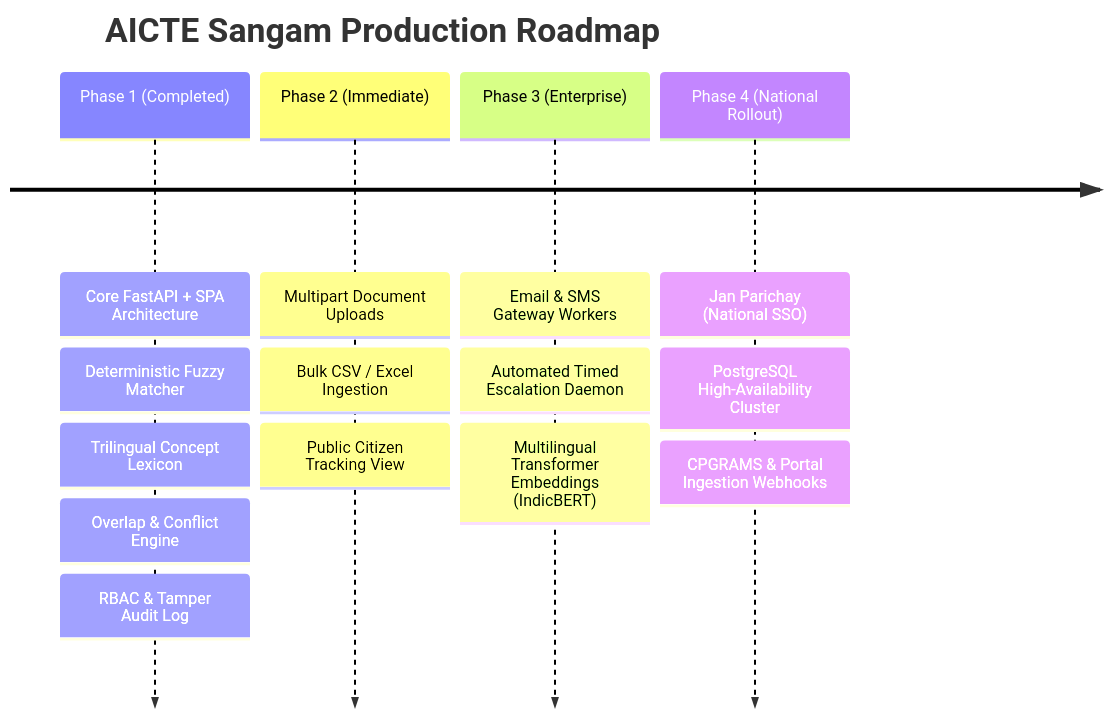
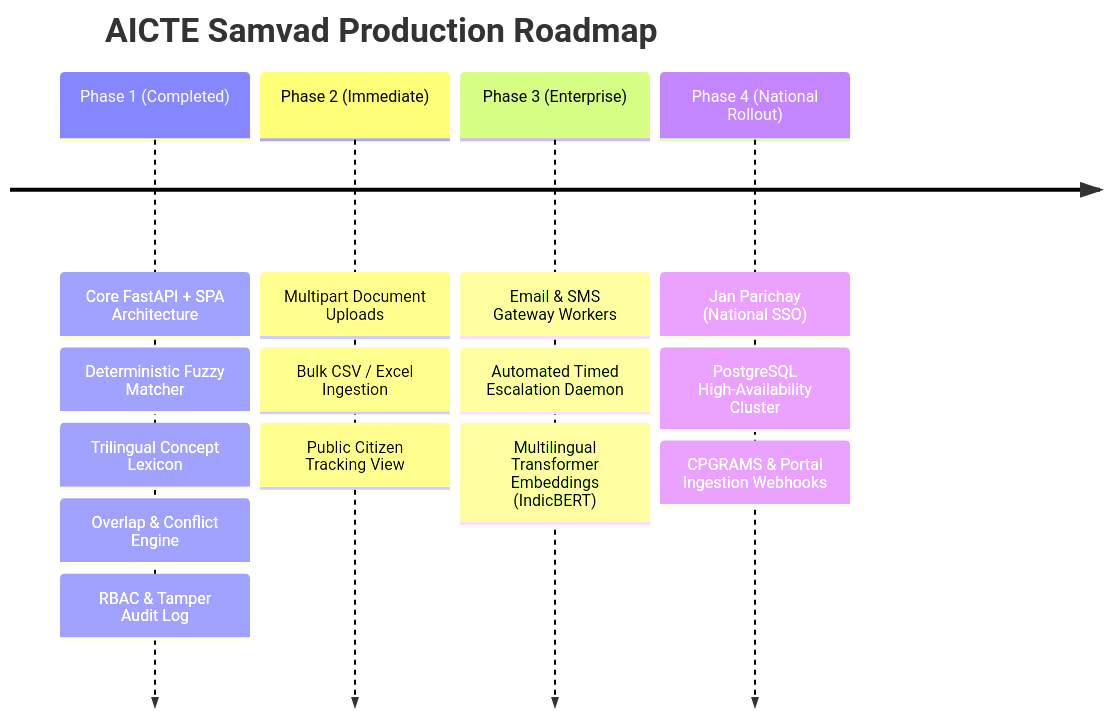
The fifth of 5 diagrams in docs/PROJECT_SPECIFICATION.md (Altamash346/aicte-sangam), drawn with Mermaid before and after one commit. The commit also changed other lines of this file and 5 other files, not shown here.

Commit message:
chore: rename project to AICTE Samvad

````diff
--- a/docs/PROJECT_SPECIFICATION.md
+++ b/docs/PROJECT_SPECIFICATION.md
@@ -395,8 +395,8 @@
 ```mermaid
 timeline
-    title AICTE Sangam Production Roadmap
+    title AICTE Samvad Production Roadmap
     Phase 1 (Completed) : Core FastAPI + SPA Architecture : Deterministic Fuzzy Matcher : Trilingual Concept Lexicon : Overlap & Conflict Engine : RBAC & Tamper Audit Log
     Phase 2 (Immediate) : Multipart Document Uploads : Bulk CSV / Excel Ingestion : Public Citizen Tracking View
     Phase 3 (Enterprise) : Email & SMS Gateway Workers : Automated Timed Escalation Daemon : Multilingual Transformer Embeddings (IndicBERT)
     Phase 4 (National Rollout) : Jan Parichay (National SSO) : PostgreSQL High-Availability Cluster : CPGRAMS & Portal Ingestion Webhooks
 ```
````
